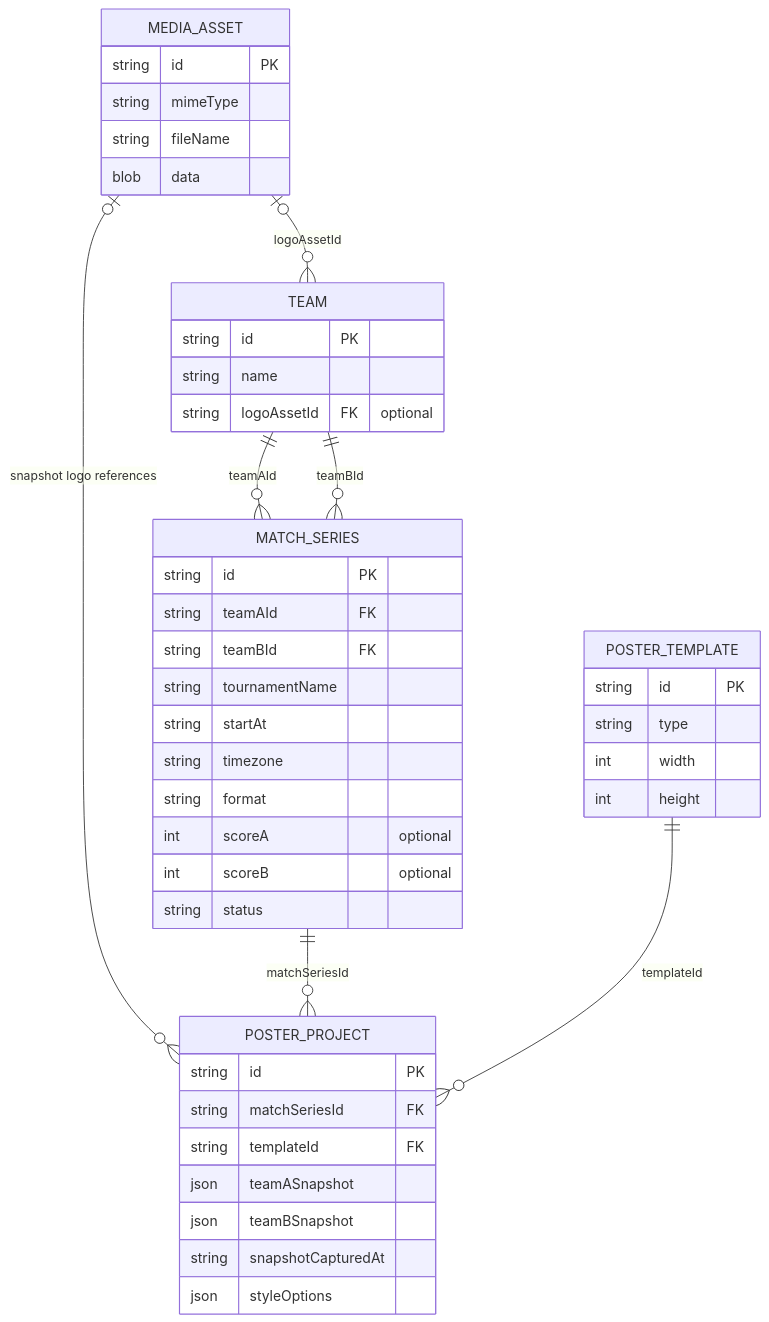
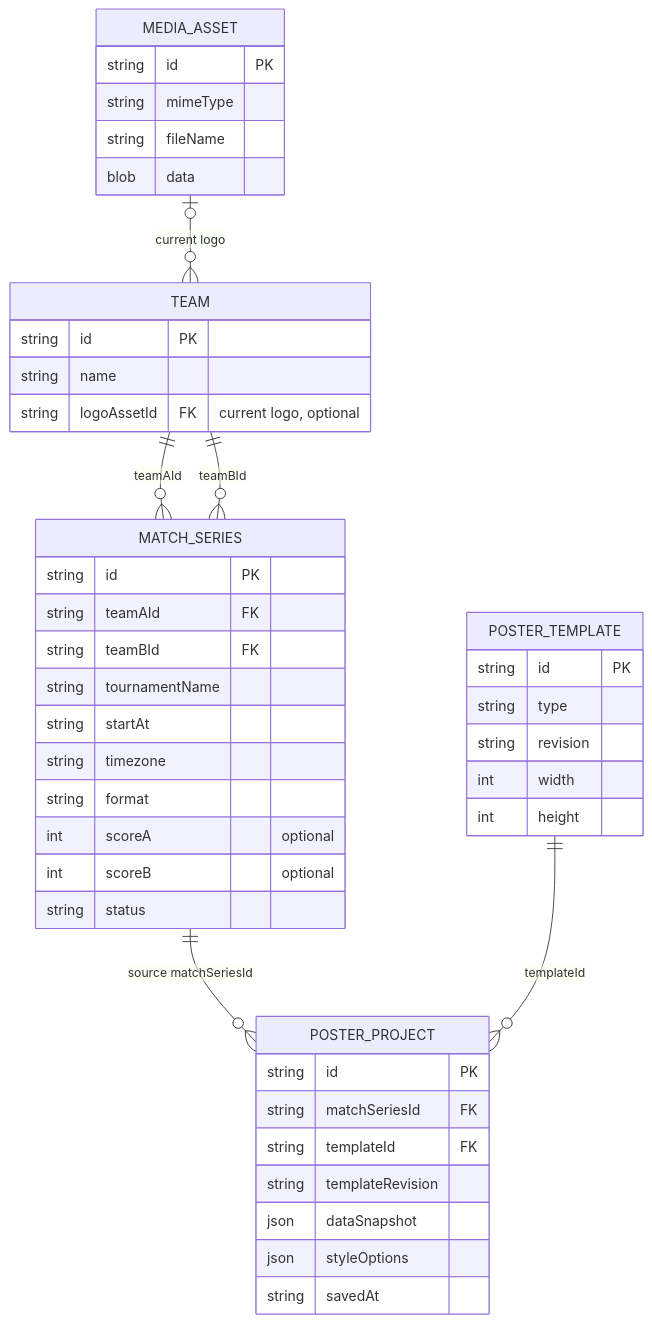
Before and after one commit to qroka/DotaFrame: the diagram in docs/architecture/data-model.md, drawn with Mermaid. The commit also changed other lines of this file, not shown here.

Commit message:
docs: snapshot all rendered match data when saving a poster

````diff
--- a/docs/architecture/data-model.md
+++ b/docs/architecture/data-model.md
@@ -16,52 +16,52 @@
 ```mermaid
 erDiagram
     TEAM ||--o{ MATCH_SERIES : "teamAId"
     TEAM ||--o{ MATCH_SERIES : "teamBId"
-    MEDIA_ASSET o|--o{ TEAM : "logoAssetId"
-    MEDIA_ASSET o|--o{ POSTER_PROJECT : "snapshot logo references"
-    MATCH_SERIES ||--o{ POSTER_PROJECT : "matchSeriesId"
+    MEDIA_ASSET o|--o{ TEAM : "current logo"
+    MATCH_SERIES ||--o{ POSTER_PROJECT : "source matchSeriesId"
     POSTER_TEMPLATE ||--o{ POSTER_PROJECT : "templateId"
 
     TEAM {
       string id PK
       string name
-      string logoAssetId FK "optional"
+      string logoAssetId FK "current logo, optional"
     }
 
     MEDIA_ASSET {
       string id PK
       string mimeType
       string fileName
       blob data
     }
 
     MATCH_SERIES {
       string id PK
       string teamAId FK
       string teamBId FK
       string tournamentName
       string startAt
       string timezone
       string format
       int scoreA "optional"
       int scoreB "optional"
       string status
     }
 
     POSTER_TEMPLATE {
       string id PK
       string type
+      string revision
       int width
       int height
     }
 
     POSTER_PROJECT {
       string id PK
       string matchSeriesId FK
       string templateId FK
-      json teamASnapshot
-      json teamBSnapshot
-      string snapshotCapturedAt
+      string templateRevision
+      json dataSnapshot
       json styleOptions
+      string savedAt
     }
 ```
````
